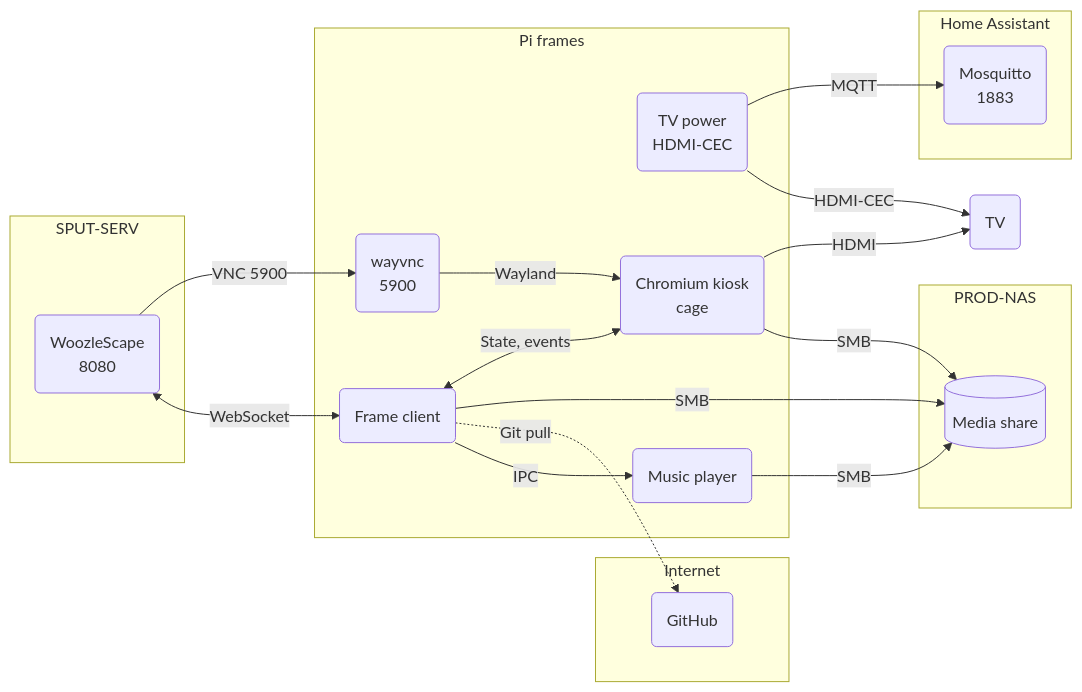
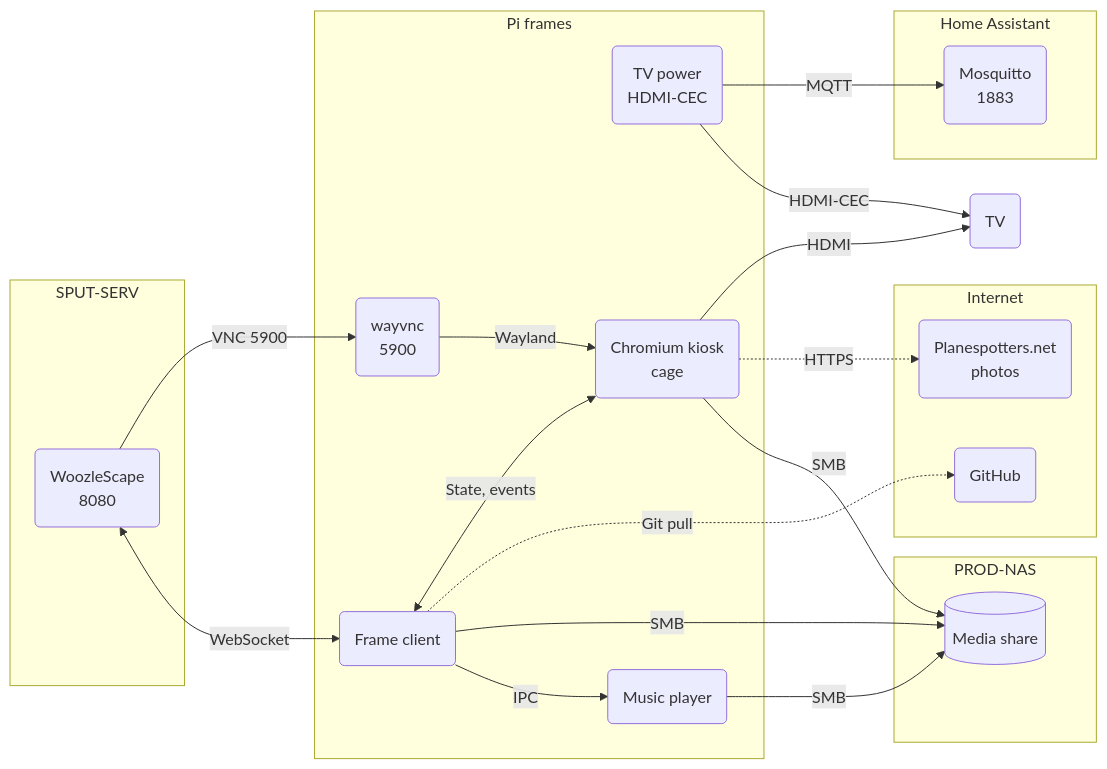
The diagram in docs/app-map.mmd (woozleton/piframe-client), drawn with Mermaid before and after one commit. The commit also changed 4 other files, not shown here.

```diff
--- a/docs/app-map.mmd
+++ b/docs/app-map.mmd
@@ -1,39 +1,41 @@
 %% name: PiFrame client
 %% description: The kiosk on each Pi picture frame, driven by WoozleScape on SPUT-SERV
 flowchart LR
   %% Every Pi frame runs the same parts, so they share one frame, as in WoozleScape's map,
   %% and the ids of the parts both maps draw match. Not drawn: each frame sets its clock
   %% from SPUT-SERV's NTP server (timesyncd), which keeps the synced slides in step, and a
   %% timer brings Wi-Fi back when it drops.
   subgraph internet ["Internet"]
+    planespotters("Planespotters.net<br/>photos")
     github("GitHub")
   end
   subgraph home_assistant ["Home Assistant"]
     mosquitto("Mosquitto<br/>1883")
   end
   subgraph sput_serv ["SPUT-SERV"]
     woozlescape("WoozleScape<br/>8080")
   end
   subgraph pi_frames ["Pi frames"]
     piframe_client("Frame client")
     piframe_cec("TV power<br/>HDMI-CEC")
     frame_music("Music player")
     kiosk("Chromium kiosk<br/>cage")
     wayvnc("wayvnc<br/>5900")
   end
   subgraph prod_nas ["PROD-NAS"]
     nas_media[("Media share")]
   end
   tv("TV")
   piframe_client -->|"IPC"| frame_music
   wayvnc -->|"Wayland"| kiosk
+  piframe_client -->|"SMB"| nas_media
   piframe_client -.->|"Git pull"| github
-  piframe_client -->|"SMB"| nas_media
   kiosk -->|"SMB"| nas_media
+  kiosk -.->|"HTTPS"| planespotters
   frame_music -->|"SMB"| nas_media
   piframe_cec -->|"HDMI-CEC"| tv
   piframe_cec -->|"MQTT"| mosquitto
   piframe_client <-->|"State, events"| kiosk
   woozlescape <-->|"WebSocket"| piframe_client
   kiosk -->|"HDMI"| tv
   woozlescape -->|"VNC 5900"| wayvnc
```
